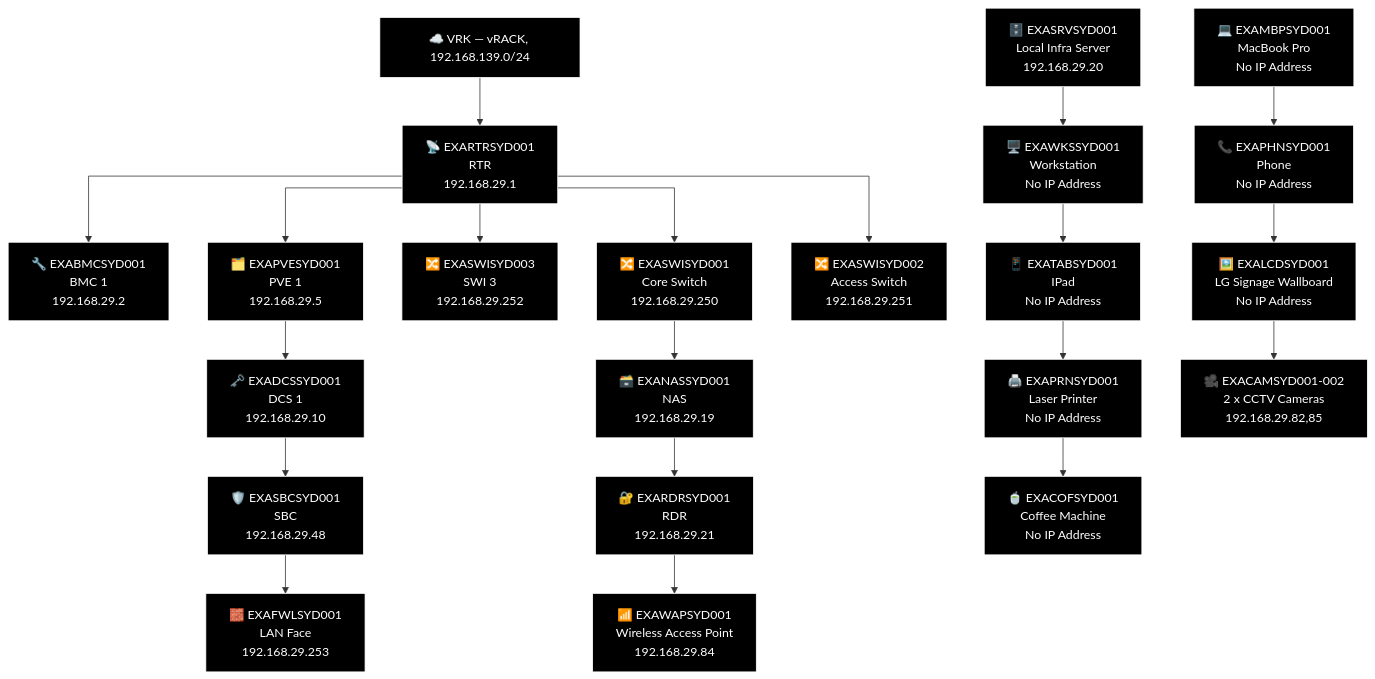
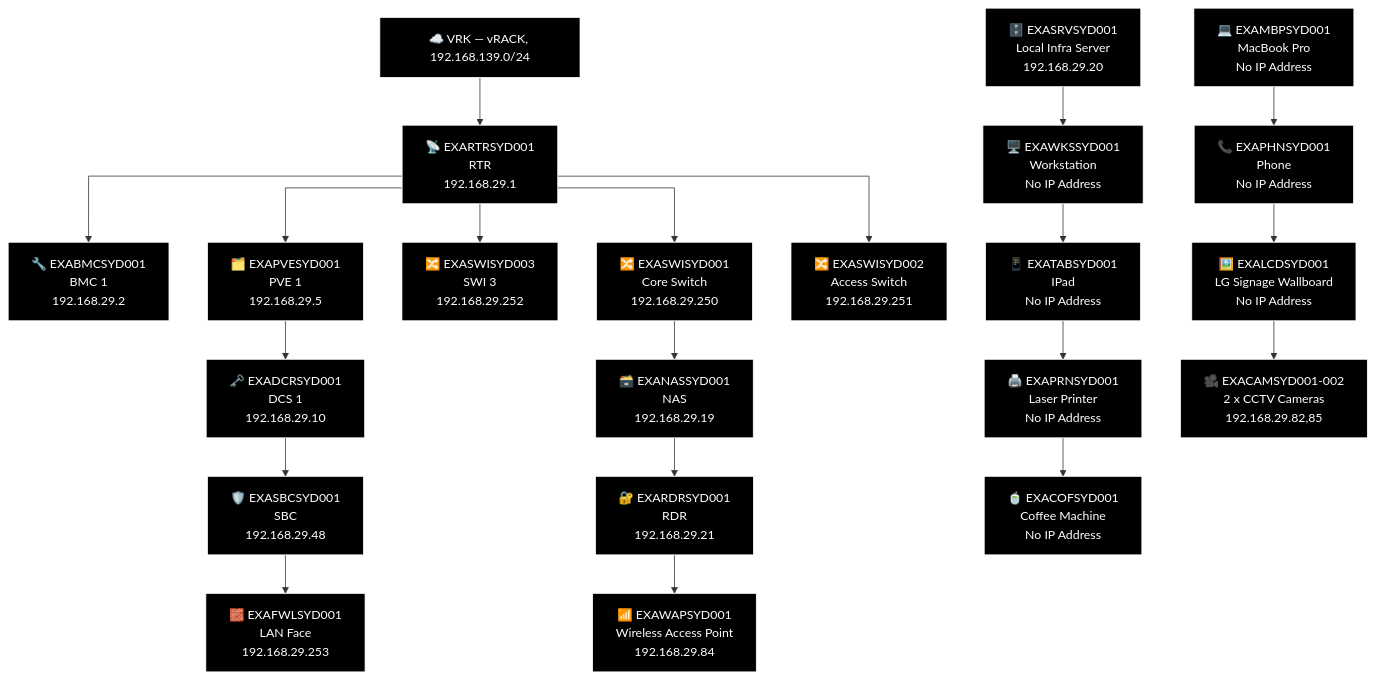
One commit to knightmare2600/example_music_infra changed the third of 6 diagrams in docs/network-diagram/australia.md. Above: the diagram before and after it, drawn with Mermaid. The commit also changed other lines of this file and 8 other files, not shown here.

````diff
--- a/docs/network-diagram/australia.md
+++ b/docs/network-diagram/australia.md
@@ -136,60 +134,60 @@
 ```mermaid
 %% GENERATED:TOPOLOGY:SYD:START
 %%{init: {'flowchart': {'curve': 'stepAfter'}}}%%
 graph TD
     T_VRK["☁️ VRK — vRACK, 192.168.139.0/24"]
     T_RTR["📡 EXARTRSYD001<br/>RTR<br/>192.168.29.1"]
     T_VRK --> T_RTR
     T_BMC["🔧 EXABMCSYD001<br/>BMC 1<br/>192.168.29.2"]
     T_RTR --> T_BMC
     T_PVE["🗂️ EXAPVESYD001<br/>PVE 1<br/>192.168.29.5"]
     T_RTR --> T_PVE
     T_SWI["🔀 EXASWISYD003<br/>SWI 3<br/>192.168.29.252"]
     T_RTR --> T_SWI
     T_SWI2["🔀 EXASWISYD001<br/>Core Switch<br/>192.168.29.250"]
     T_RTR --> T_SWI2
     T_SWI3["🔀 EXASWISYD002<br/>Access Switch<br/>192.168.29.251"]
     T_RTR --> T_SWI3
     T_NAS["🗃️ EXANASSYD001<br/>NAS<br/>192.168.29.19"]
     T_RDR["🔐 EXARDRSYD001<br/>RDR<br/>192.168.29.21"]
     T_WAP["📶 EXAWAPSYD001<br/>Wireless Access Point<br/>192.168.29.84"]
     T_SWI2 --> T_NAS --> T_RDR --> T_WAP
-    T_DCS["🗝️ EXADCSSYD001<br/>DCS 1<br/>192.168.29.10"]
+    T_DCS["🗝️ EXADCRSYD001<br/>DCS 1<br/>192.168.29.10"]
     T_SBC["🛡️ EXASBCSYD001<br/>SBC<br/>192.168.29.48"]
     T_FWL["🧱 EXAFWLSYD001<br/>LAN Face<br/>192.168.29.253"]
     T_PVE --> T_DCS --> T_SBC --> T_FWL
     T_SRV["🗄️ EXASRVSYD001<br/>Local Infra Server<br/>192.168.29.20"]
     T_MBP["💻 EXAMBPSYD001<br/>MacBook Pro<br/>No IP Address"]
     T_WKS["🖥️ EXAWKSSYD001<br/>Workstation<br/>No IP Address"]
     T_PHN["📞 EXAPHNSYD001<br/>Phone<br/>No IP Address"]
     T_TAB["📱 EXATABSYD001<br/>IPad<br/>No IP Address"]
     T_LCD["🖼️ EXALCDSYD001<br/>LG Signage Wallboard<br/>No IP Address"]
     T_PRN["🖨️ EXAPRNSYD001<br/>Laser Printer<br/>No IP Address"]
     T_OTH_CAM["🎥 EXACAMSYD001-002<br/>2 x CCTV Cameras<br/>192.168.29.82,85"]
     T_COF["🍵 EXACOFSYD001<br/>Coffee Machine<br/>No IP Address"]
     T_SRV --> T_WKS --> T_TAB --> T_PRN --> T_COF
     T_MBP --> T_PHN --> T_LCD --> T_OTH_CAM
     style T_VRK fill:#000000,stroke:#FFFFFF,color:#FFFFFF
     style T_RTR fill:#000000,stroke:#FFFFFF,color:#FFFFFF
     style T_BMC fill:#000000,stroke:#FFFFFF,color:#FFFFFF
     style T_PVE fill:#000000,stroke:#FFFFFF,color:#FFFFFF
     style T_SWI fill:#000000,stroke:#FFFFFF,color:#FFFFFF
     style T_SWI2 fill:#000000,stroke:#FFFFFF,color:#FFFFFF
     style T_SWI3 fill:#000000,stroke:#FFFFFF,color:#FFFFFF
     style T_NAS fill:#000000,stroke:#FFFFFF,color:#FFFFFF
     style T_RDR fill:#000000,stroke:#FFFFFF,color:#FFFFFF
     style T_WAP fill:#000000,stroke:#FFFFFF,color:#FFFFFF
     style T_DCS fill:#000000,stroke:#FFFFFF,color:#FFFFFF
     style T_SBC fill:#000000,stroke:#FFFFFF,color:#FFFFFF
     style T_FWL fill:#000000,stroke:#FFFFFF,color:#FFFFFF
     style T_SRV fill:#000000,stroke:#FFFFFF,color:#FFFFFF
     style T_MBP fill:#000000,stroke:#FFFFFF,color:#FFFFFF
     style T_WKS fill:#000000,stroke:#FFFFFF,color:#FFFFFF
     style T_PHN fill:#000000,stroke:#FFFFFF,color:#FFFFFF
     style T_TAB fill:#000000,stroke:#FFFFFF,color:#FFFFFF
     style T_LCD fill:#000000,stroke:#FFFFFF,color:#FFFFFF
     style T_PRN fill:#000000,stroke:#FFFFFF,color:#FFFFFF
     style T_OTH_CAM fill:#000000,stroke:#FFFFFF,color:#FFFFFF
     style T_COF fill:#000000,stroke:#FFFFFF,color:#FFFFFF
 %% GENERATED:TOPOLOGY:SYD:END
 ```
````
